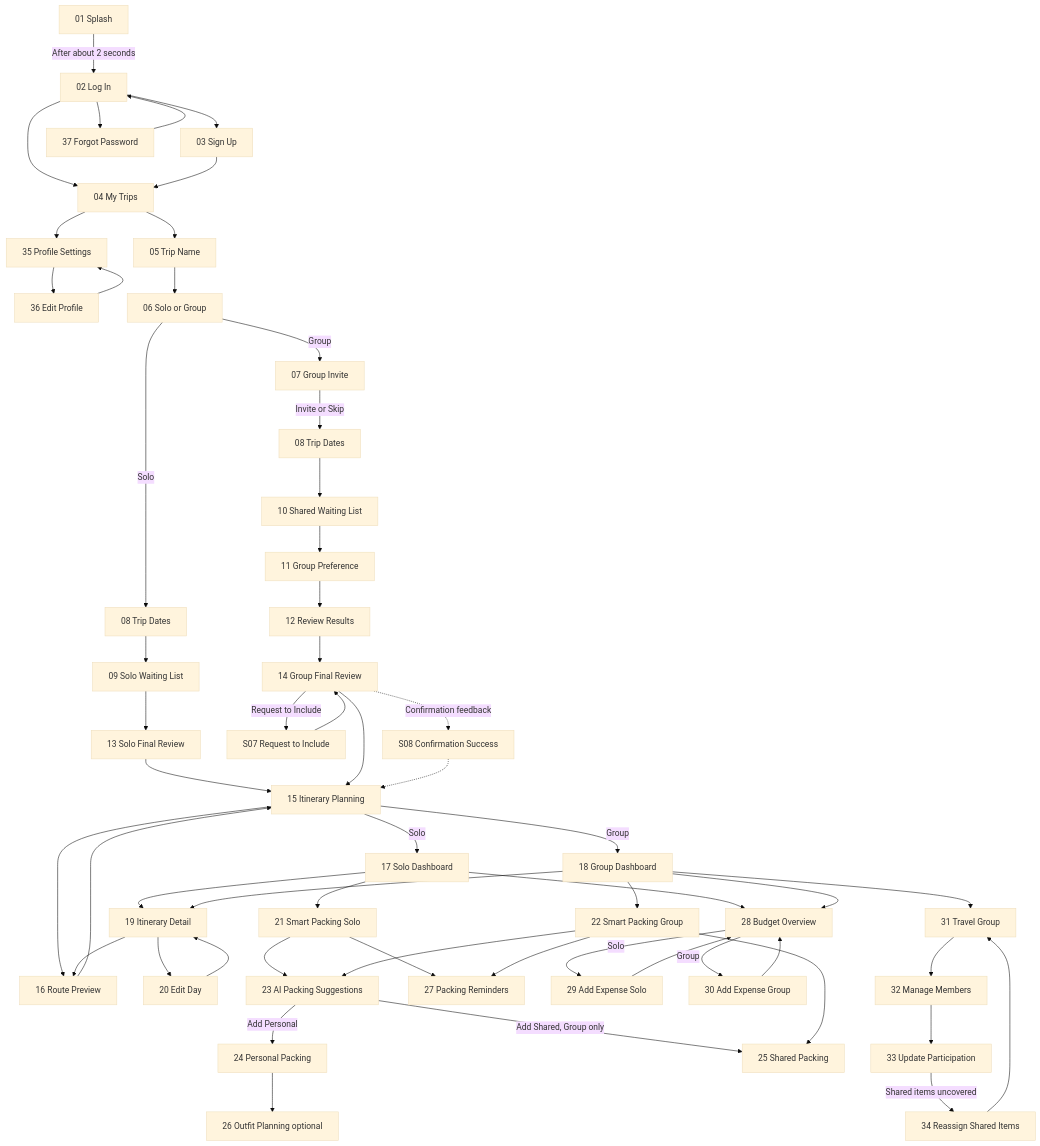
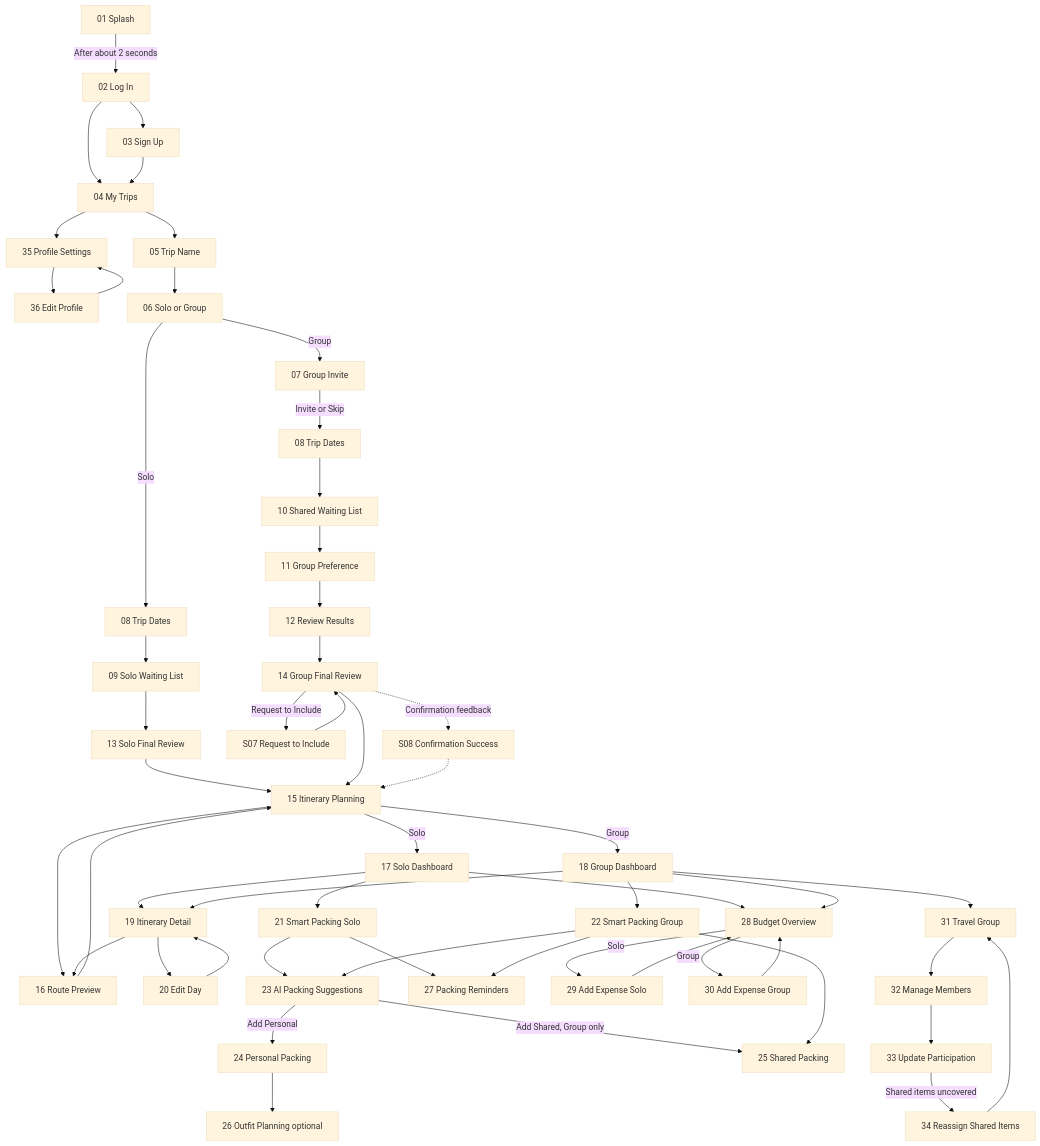
One commit to lowqihao-commits/Plan-Pack-Go changed the first of 3 diagrams in docs/04_USER_FLOW.md. Above: the diagram before and after it, drawn with Mermaid (base theme). The commit also changed other lines of this file and 15 other files, not shown here.

````diff
--- a/docs/04_USER_FLOW.md
+++ b/docs/04_USER_FLOW.md
@@ -59,67 +58,65 @@
 ```mermaid
 flowchart TD
     A[01 Splash] -->|After about 2 seconds| B[02 Log In]
     B --> C[04 My Trips]
     B --> D[03 Sign Up]
     D --> C
-    B --> E[37 Forgot Password]
-    E --> B
     C --> P[35 Profile Settings]
     P --> PE[36 Edit Profile]
     PE --> P
 
     C --> T1[05 Trip Name]
     T1 --> T2[06 Solo or Group]
     T2 -->|Solo| SD[08 Trip Dates]
     T2 -->|Group| GI[07 Group Invite]
     GI -->|Invite or Skip| GD[08 Trip Dates]
 
     SD --> SW[09 Solo Waiting List]
     SW --> SF[13 Solo Final Review]
     SF --> IP[15 Itinerary Planning]
 
     GD --> GW[10 Shared Waiting List]
     GW --> GR[11 Group Preference]
     GR --> RR[12 Review Results]
     RR --> GF[14 Group Final Review]
     GF -->|Request to Include| RQI[S07 Request to Include]
     RQI --> GF
     GF --> IP
     GF -.->|Confirmation feedback| CS[S08 Confirmation Success]
     CS -.-> IP
 
     IP --> RP[16 Route Preview]
     RP --> IP
     IP -->|Solo| DS[17 Solo Dashboard]
     IP -->|Group| DG[18 Group Dashboard]
 
     DS --> ID[19 Itinerary Detail]
     DG --> ID
     ID --> RP
     ID --> ED[20 Edit Day]
     ED --> ID
 
     DS --> SPS[21 Smart Packing Solo]
     DG --> SPG[22 Smart Packing Group]
     SPS --> AIS[23 AI Packing Suggestions]
     SPG --> AIS
     AIS -->|Add Personal| PP[24 Personal Packing]
     AIS -->|Add Shared, Group only| SH[25 Shared Packing]
     PP --> OP[26 Outfit Planning optional]
     SPS --> PR[27 Packing Reminders]
     SPG --> PR
     SPG --> SH
 
     DS --> BO[28 Budget Overview]
     DG --> BO
     BO -->|Solo| AES[29 Add Expense Solo]
     BO -->|Group| AEG[30 Add Expense Group]
     AES --> BO
     AEG --> BO
 
     DG --> TG[31 Travel Group]
     TG --> MM[32 Manage Members]
     MM --> UP[33 Update Participation]
     UP -->|Shared items uncovered| RI[34 Reassign Shared Items]
     RI --> TG
 ```
````
